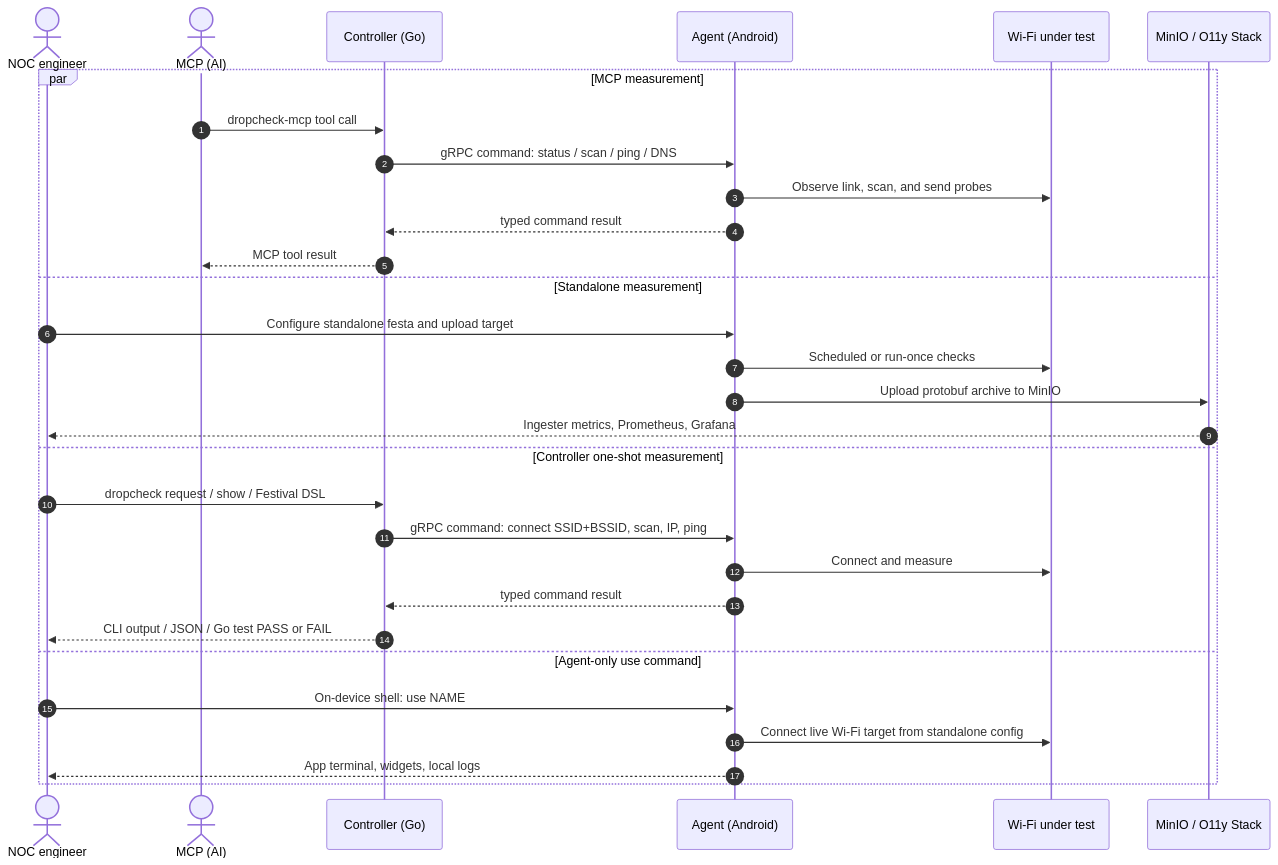
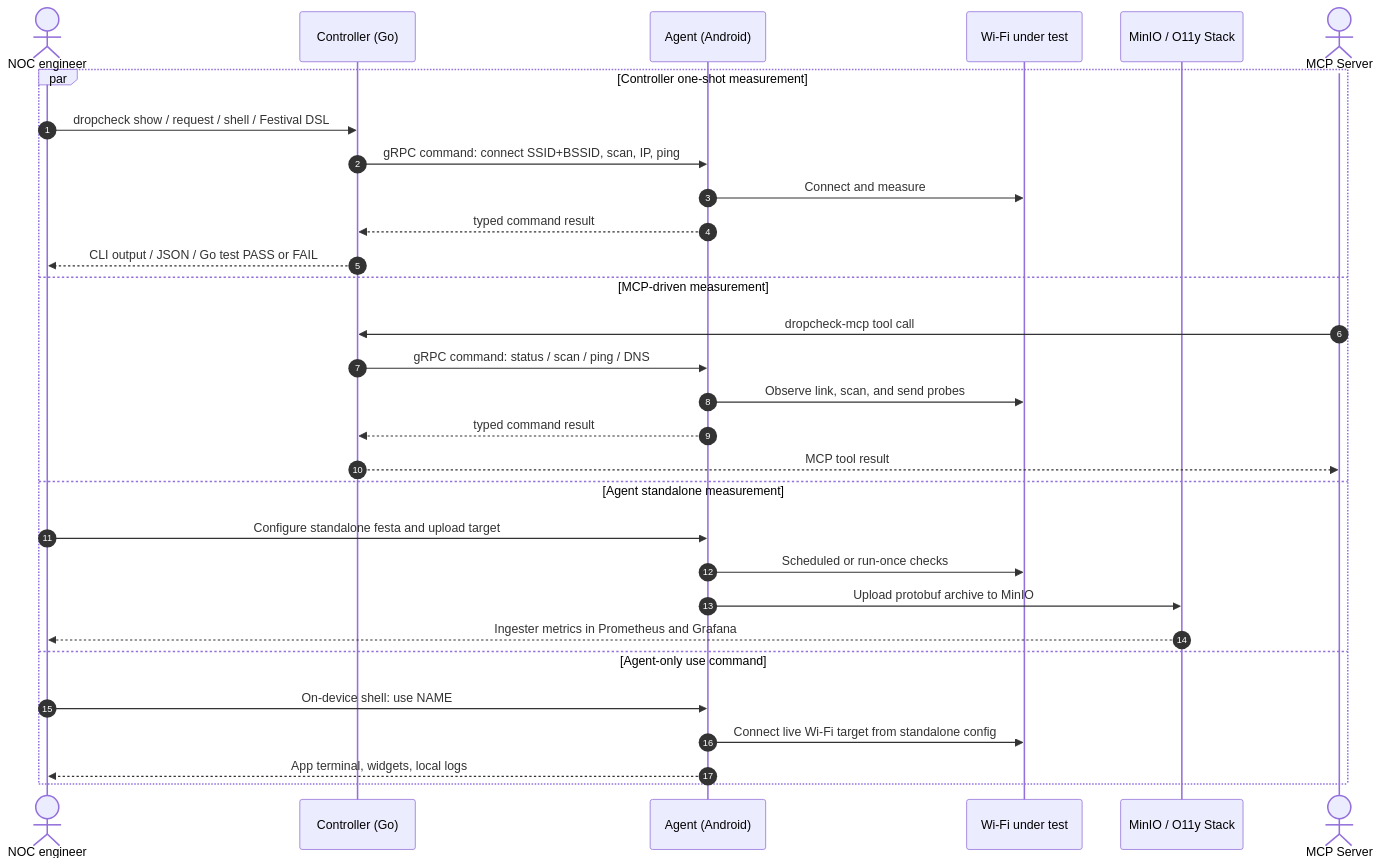
The diagram in README.md (mi2428/dropcheck-agent), drawn with Mermaid before and after one commit. The commit also changed other lines of this file and 2 other files, not shown here.

````diff
--- a/README.md
+++ b/README.md
@@ -18,33 +19,33 @@
 ```mermaid
 sequenceDiagram
   autonumber
   actor NOC as NOC engineer
-  actor MCP as MCP (AI)
   participant Controller as Controller (Go)
   participant Agent as Agent (Android)
   participant WiFi as Wi-Fi under test
   participant O11y as MinIO / O11y Stack
+  actor MCP as MCP Server
 
-  par MCP measurement
+  par Controller one-shot measurement
+    NOC->>Controller: dropcheck show / request / shell / Festival DSL
+    Controller->>Agent: gRPC command: connect SSID+BSSID, scan, IP, ping
+    Agent->>WiFi: Connect and measure
+    Agent-->>Controller: typed command result
+    Controller-->>NOC: CLI output / JSON / Go test PASS or FAIL
+  and MCP-driven measurement
     MCP->>Controller: dropcheck-mcp tool call
     Controller->>Agent: gRPC command: status / scan / ping / DNS
     Agent->>WiFi: Observe link, scan, and send probes
     Agent-->>Controller: typed command result
     Controller-->>MCP: MCP tool result
-  and Standalone measurement
+  and Agent standalone measurement
     NOC->>Agent: Configure standalone festa and upload target
     Agent->>WiFi: Scheduled or run-once checks
     Agent->>O11y: Upload protobuf archive to MinIO
-    O11y-->>NOC: Ingester metrics, Prometheus, Grafana
-  and Controller one-shot measurement
-    NOC->>Controller: dropcheck request / show / Festival DSL
-    Controller->>Agent: gRPC command: connect SSID+BSSID, scan, IP, ping
-    Agent->>WiFi: Connect and measure
-    Agent-->>Controller: typed command result
-    Controller-->>NOC: CLI output / JSON / Go test PASS or FAIL
+    O11y-->>NOC: Ingester metrics in Prometheus and Grafana
   and Agent-only use command
     NOC->>Agent: On-device shell: use NAME
     Agent->>WiFi: Connect live Wi-Fi target from standalone config
     Agent-->>NOC: App terminal, widgets, local logs
   end
 ```
````
